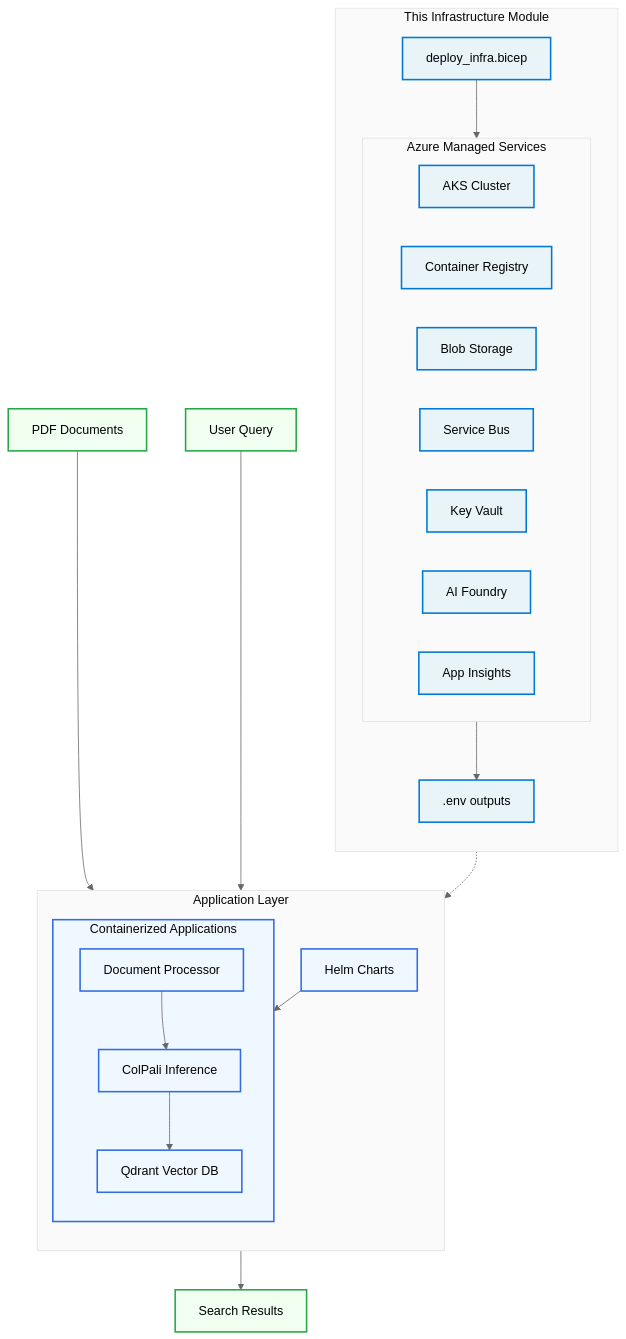
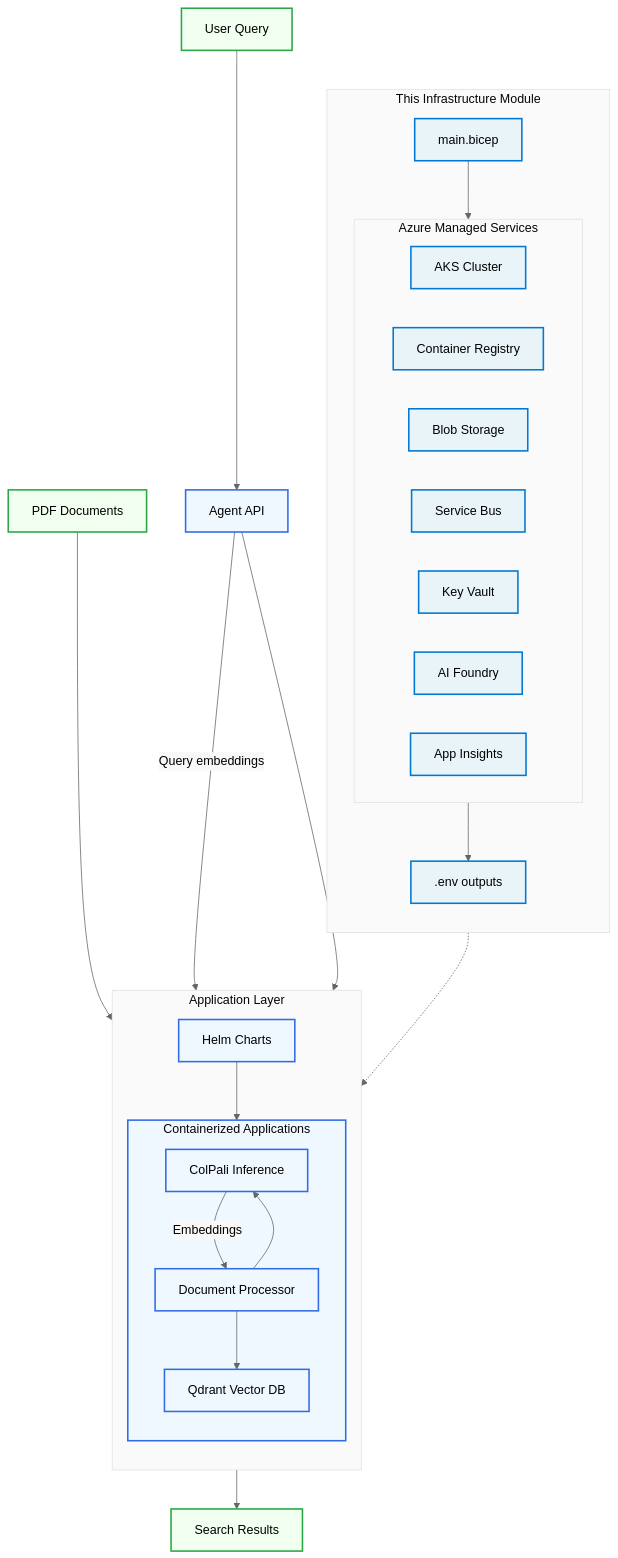
One commit to microsoft/multi-modal-rag-with-colpali changed the diagram in modules/infra/README.md. Above: the diagram before and after it, drawn with Mermaid. The commit also changed other lines of this file and 45 other files, not shown here.

````diff
--- a/modules/infra/README.md
+++ b/modules/infra/README.md
@@ -12,60 +12,63 @@
 ```mermaid
 %%{init: {
   'theme': 'base',
   'themeVariables': {
     'primaryColor': '#f5f5f5',
     'primaryTextColor': '#000000',
     'primaryBorderColor': '#333333',
     'lineColor': '#666666',
     'secondaryColor': '#f8f8f8',
     'tertiaryColor': '#fafafa',
     'background': '#ffffff',
     'mainBkg': '#f5f5f5',
     'secondBkg': '#f8f8f8',
     'tertiaryBkg': '#fafafa'
   }
 }}%%
 flowchart TB
     subgraph INFRA_MODULE ["This Infrastructure Module"]
         direction TB
-        DEPLOY[deploy_infra.bicep] --> AZURE[Azure Resources]
+        DEPLOY[main.bicep] --> AZURE[Azure Resources]
 
         subgraph AZURE["Azure Managed Services"]
             AKS[AKS Cluster]
             ACR[Container Registry]
             STORAGE[Blob Storage]
             SB[Service Bus]
             KV[Key Vault]
             AI[AI Foundry]
             MON[App Insights]
         end
 
         AZURE --> ENV[.env outputs]
     end
 
     subgraph APP_LAYER ["Application Layer"]
         direction TB
         ENV -.-> HELM[Helm Charts]
         HELM --> APPS[Kubernetes Apps]
 
         subgraph APPS["Containerized Applications"]
             COLPALI[ColPali Inference]
             DOCPROC[Document Processor]
             QDRANT[Qdrant Vector DB]
         end
     end
 
     DOCS[PDF Documents] --> DOCPROC
     DOCPROC --> COLPALI
-    COLPALI --> QDRANT
-    QUERY[User Query] --> QDRANT
+    COLPALI -->|Embeddings| DOCPROC
+    DOCPROC --> QDRANT
+    QUERY[User Query] --> AGENT[Agent API]
+    AGENT -->|Query embeddings| COLPALI
+    AGENT --> QDRANT
     QDRANT --> RESULTS[Search Results]
 
     classDef azure fill:#e8f4f8,stroke:#0078d4,stroke-width:2px
     classDef k8s fill:#f0f8ff,stroke:#326ce5,stroke-width:2px
     classDef flow fill:#f0fff0,stroke:#28a745,stroke-width:2px
 
     class DEPLOY,AKS,ACR,STORAGE,SB,KV,AI,MON,ENV azure
-    class HELM,APPS,COLPALI,DOCPROC,QDRANT k8s
+    class HELM,APPS,COLPALI,DOCPROC,QDRANT,AGENT k8s
     class DOCS,QUERY,RESULTS flow
 ```
````
